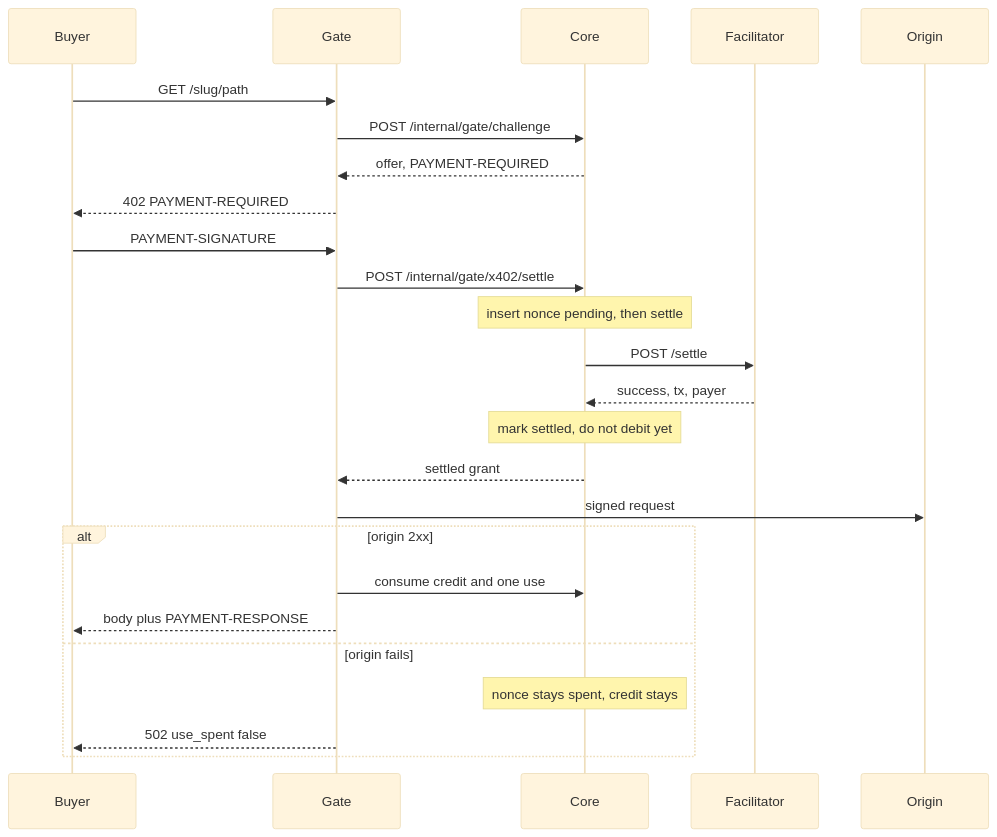
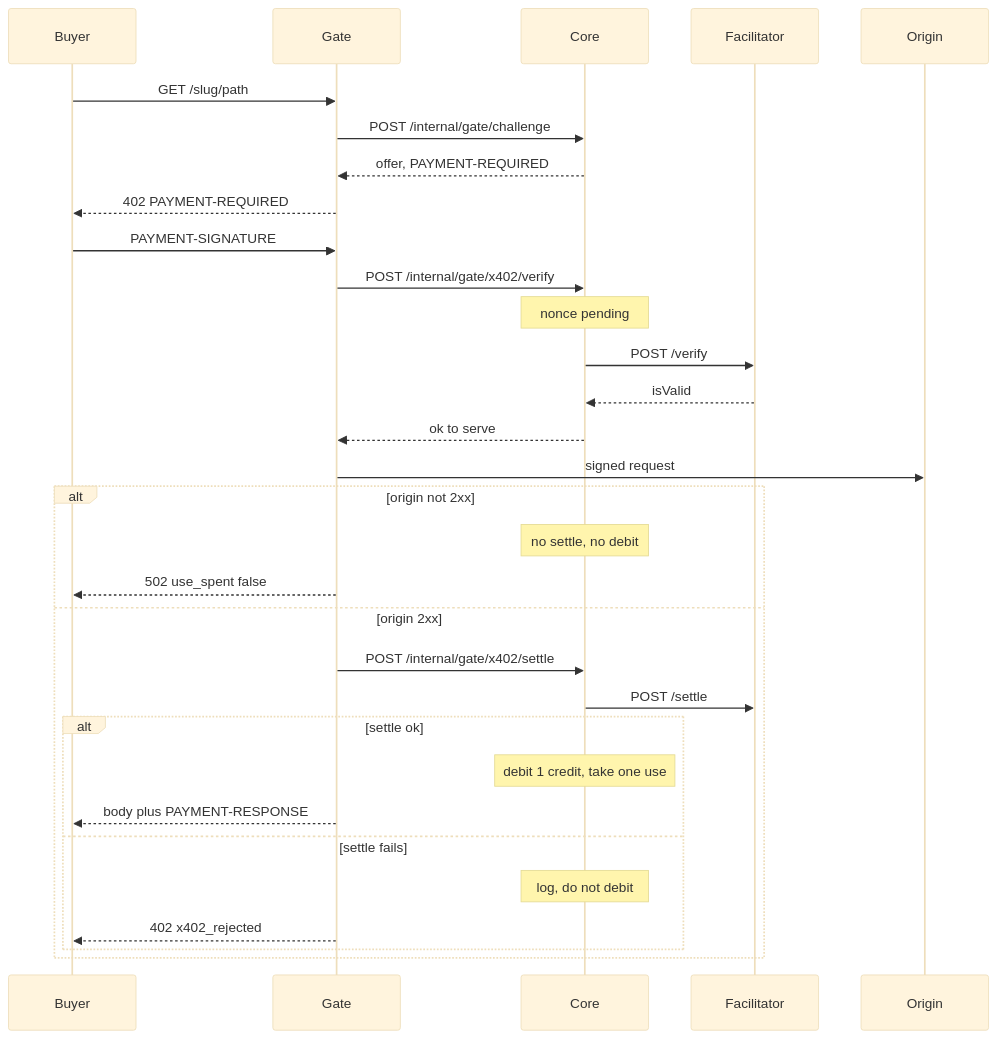
One commit to Mike-io-hash/satsgate changed the second of 4 diagrams in docs/x402-design.md. Above: the diagram before and after it, drawn with Mermaid (base theme). The commit also changed other lines of this file, not shown here.

First line of the commit message:
Record the x402 flow and credit-timing decisions.

````diff
--- a/docs/x402-design.md
+++ b/docs/x402-design.md
@@ -68,27 +90,33 @@
 ```mermaid
 sequenceDiagram
   participant Buyer
   participant Gate
   participant Core
   participant Fac as Facilitator
   participant Origin
   Buyer->>Gate: GET /slug/path
   Gate->>Core: POST /internal/gate/challenge
   Core-->>Gate: offer, PAYMENT-REQUIRED
   Gate-->>Buyer: 402 PAYMENT-REQUIRED
   Buyer->>Gate: PAYMENT-SIGNATURE
-  Gate->>Core: POST /internal/gate/x402/settle
-  Note over Core: insert nonce pending, then settle
-  Core->>Fac: POST /settle
-  Fac-->>Core: success, tx, payer
-  Note over Core: mark settled, do not debit yet
-  Core-->>Gate: settled grant
+  Gate->>Core: POST /internal/gate/x402/verify
+  Note over Core: nonce pending
+  Core->>Fac: POST /verify
+  Fac-->>Core: isValid
+  Core-->>Gate: ok to serve
   Gate->>Origin: signed request
-  alt origin 2xx
-    Gate->>Core: consume credit and one use
-    Gate-->>Buyer: body plus PAYMENT-RESPONSE
-  else origin fails
-    Note over Core: nonce stays spent, credit stays
+  alt origin not 2xx
+    Note over Core: no settle, no debit
     Gate-->>Buyer: 502 use_spent false
+  else origin 2xx
+    Gate->>Core: POST /internal/gate/x402/settle
+    Core->>Fac: POST /settle
+    alt settle ok
+      Note over Core: debit 1 credit, take one use
+      Gate-->>Buyer: body plus PAYMENT-RESPONSE
+    else settle fails
+      Note over Core: log, do not debit
+      Gate-->>Buyer: 402 x402_rejected
+    end
   end
 ```
````
